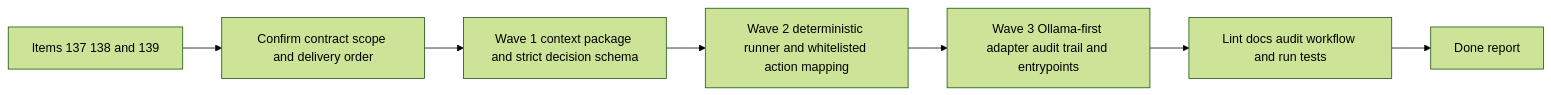
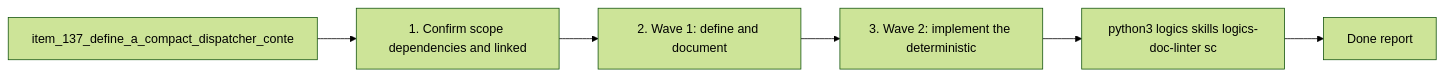
The diagram in logics/tasks/task_099_orchestration_delivery_for_req_088_local_llm_dispatcher_for_deterministic_logics_flow_orchestration.md (AlexAgo83/logics-manager), drawn with Mermaid (forest theme) before and after one commit. The commit also changed other lines of this file and 481 other files, not shown here.

Commit message:
Normalize Logics docs and workflow indicators

````diff
--- a/logics/tasks/task_099_orchestration_delivery_for_req_088_local_llm_dispatcher_for_deterministic_logics_flow_orchestration.md
+++ b/logics/tasks/task_099_orchestration_delivery_for_req_088_local_llm_dispatcher_for_deterministic_logics_flow_orchestration.md
@@ -28,11 +28,10 @@
 ```mermaid
 %% logics-kind: task
 %% logics-signature: task|orchestration-delivery-for-req-088-local|item-137-define-a-compact-dispatcher-con|1-confirm-scope-dependencies-and-linked|python3-logics-skills-logics-doc-linter-
 flowchart LR
-    Backlog[Items 137 138 and 139] --> Step1[Confirm contract scope and delivery order]
-    Step1 --> Step2[Wave 1 context package and strict decision schema]
-    Step2 --> Step3[Wave 2 deterministic runner and whitelisted action mapping]
-    Step3 --> Step4[Wave 3 Ollama-first adapter audit trail and entrypoints]
-    Step4 --> Validation[Lint docs audit workflow and run tests]
+    Backlog[item_137_define_a_compact_dispatcher_conte] --> Step1[1. Confirm scope dependencies and linked]
+    Step1 --> Step2[2. Wave 1: define and document]
+    Step2 --> Step3[3. Wave 2: implement the deterministic]
+    Step3 --> Validation[python3 logics skills logics-doc-linter sc]
     Validation --> Report[Done report]
 ```
````
